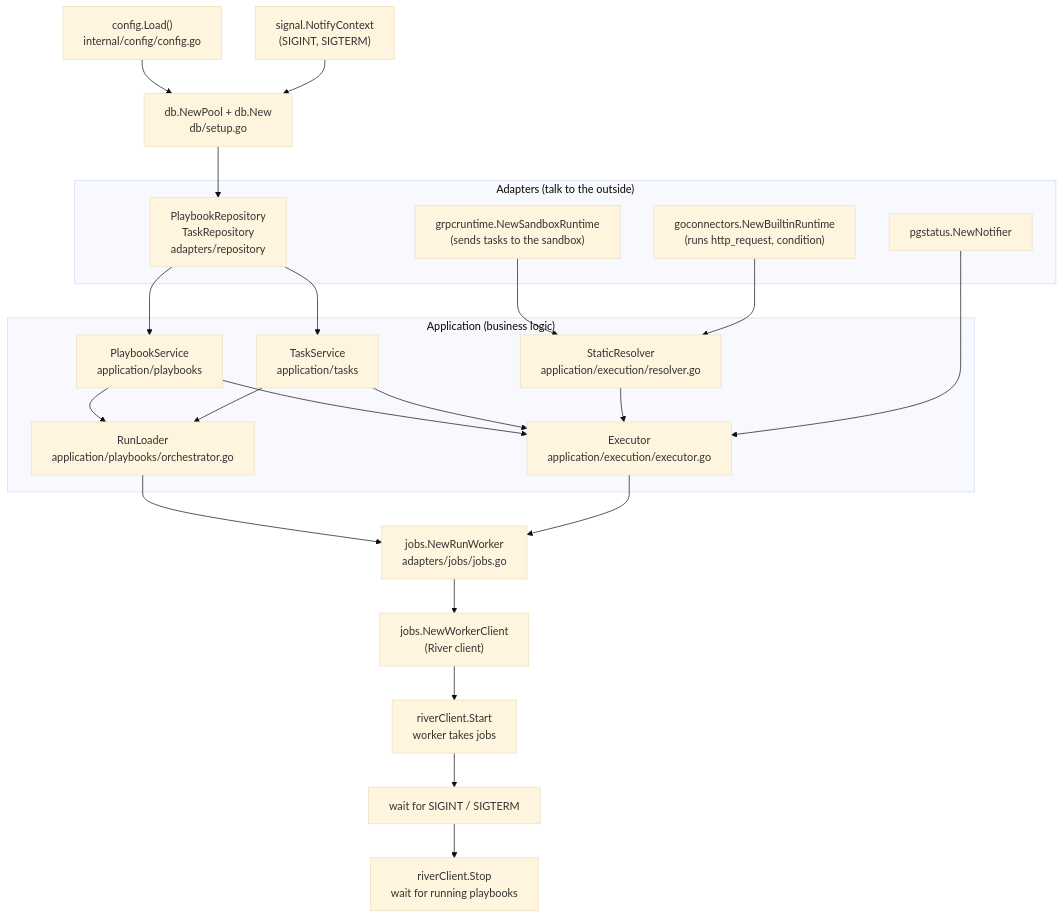
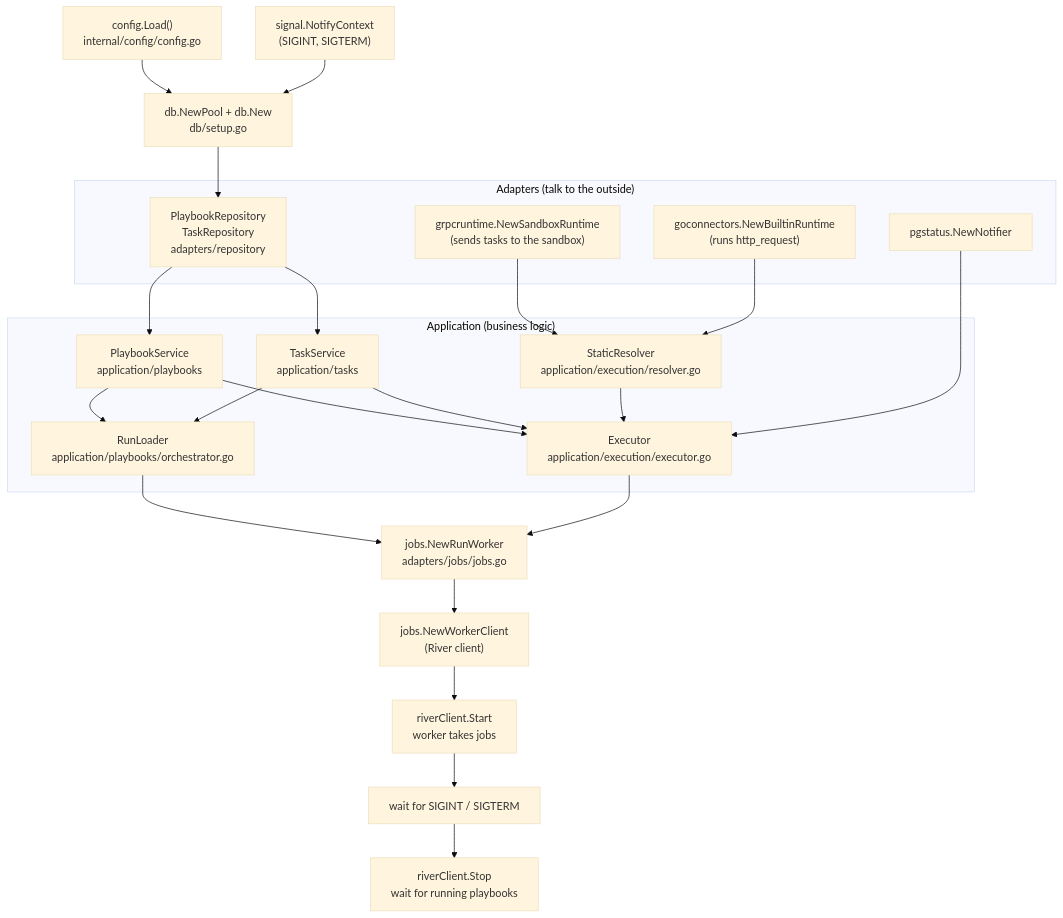
The diagram in docs/diagram/worker-startup.md (yuudev14/workflow), drawn with Mermaid (base theme) before and after one commit. The commit also changed other lines of this file and 1 other file, not shown here.

Commit message:
Remove condition from the built-in connectors in the diagram docs
Refs #38

````diff
--- a/docs/diagram/worker-startup.md
+++ b/docs/diagram/worker-startup.md
@@ -7,38 +7,38 @@
 ```mermaid
 flowchart TD
     CFG["config.Load()<br/>internal/config/config.go"] --> POOL
     SIG["signal.NotifyContext<br/>(SIGINT, SIGTERM)"] --> POOL
     POOL["db.NewPool + db.New<br/>db/setup.go"] --> REPO
 
     subgraph Adapters ["Adapters (talk to the outside)"]
         REPO["PlaybookRepository<br/>TaskRepository<br/>adapters/repository"]
         GRPC["grpcruntime.NewSandboxRuntime<br/>(sends tasks to the sandbox)"]
-        REG["goconnectors.NewBuiltinRuntime<br/>(runs http_request, condition)"]
+        REG["goconnectors.NewBuiltinRuntime<br/>(runs http_request)"]
         NOTE["pgstatus.NewNotifier"]
     end
 
     subgraph Services ["Application (business logic)"]
         PS["PlaybookService<br/>application/playbooks"]
         TS["TaskService<br/>application/tasks"]
         RES["StaticResolver<br/>application/execution/resolver.go"]
         EX["Executor<br/>application/execution/executor.go"]
         LOAD["RunLoader<br/>application/playbooks/orchestrator.go"]
     end
 
     REPO --> PS
     REPO --> TS
     GRPC --> RES
     REG --> RES
     PS --> EX
     TS --> EX
     RES --> EX
     NOTE --> EX
     PS --> LOAD
     TS --> LOAD
     LOAD --> RW
     EX --> RW["jobs.NewRunWorker<br/>adapters/jobs/jobs.go"]
     RW --> RC["jobs.NewWorkerClient<br/>(River client)"]
     RC --> START["riverClient.Start<br/>worker takes jobs"]
     START --> WAIT["wait for SIGINT / SIGTERM"]
     WAIT --> STOP["riverClient.Stop<br/>wait for running playbooks"]
 ```
````
